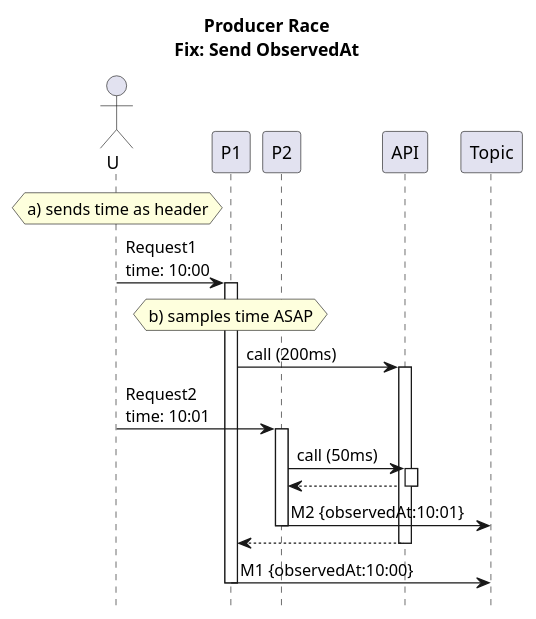
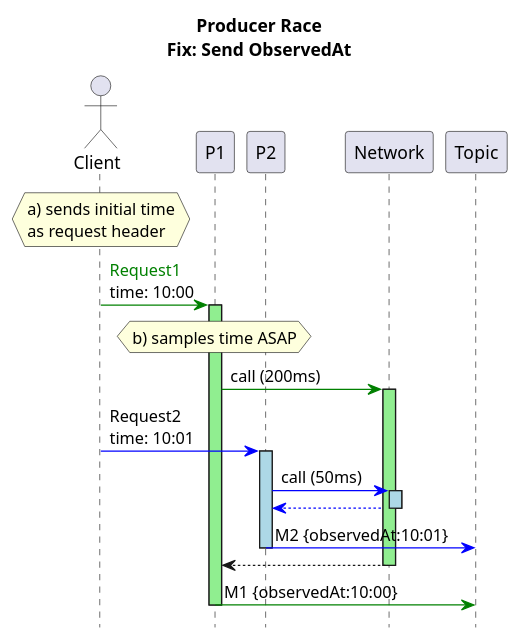
One commit to victorrentea/kafka changed the diagram in patterns/2_order_p_[fix]observed_at.puml. Above: the diagram before and after it, drawn with PlantUML. The commit also changed 43 other files, not shown here.

```diff
--- a/patterns/2_order_p_[fix]observed_at.puml
+++ b/patterns/2_order_p_[fix]observed_at.puml
@@ -1,22 +1,24 @@
 @startuml
 title Producer Race\nFix: Send ObservedAt
 hide footbox
-actor U
+actor Client
 participant P1
 participant P2
 
-hnote over U: a) sends time as header
+hnote over Client: a) sends initial time\nas request header
 
-U->P1: Request1\ntime: 10:00
-activate P1
+Client-[#green]>P1: <font color=green>Request1\ntime: 10:00
+activate P1 #lightgreen
 hnote over P1: b) samples time ASAP
-P1->API++:call (200ms)
-U->P2: Request2\ntime: 10:01
-activate P2
-P2->API++:call (50ms)
-P2<--API--
-Topic<-P2--: M2 {observedAt:10:01}
-P1<--API--
-Topic<-P1--: M1 {observedAt:10:00}
+P1-[#green]>Network: call (200ms)
+activate Network #lightgreen
+Client-[#blue]>P2: Request2\ntime: 10:01
+activate P2 #lightblue
+P2-[#blue]>Network:call (50ms)
+activate Network #lightblue
+P2<[#blue]--Network--
+Topic<[#blue]-P2--: M2 {observedAt:10:01}
+P1<--Network--
+Topic<[#green]-P1--: M1 {observedAt:10:00}
 
 @enduml
```
